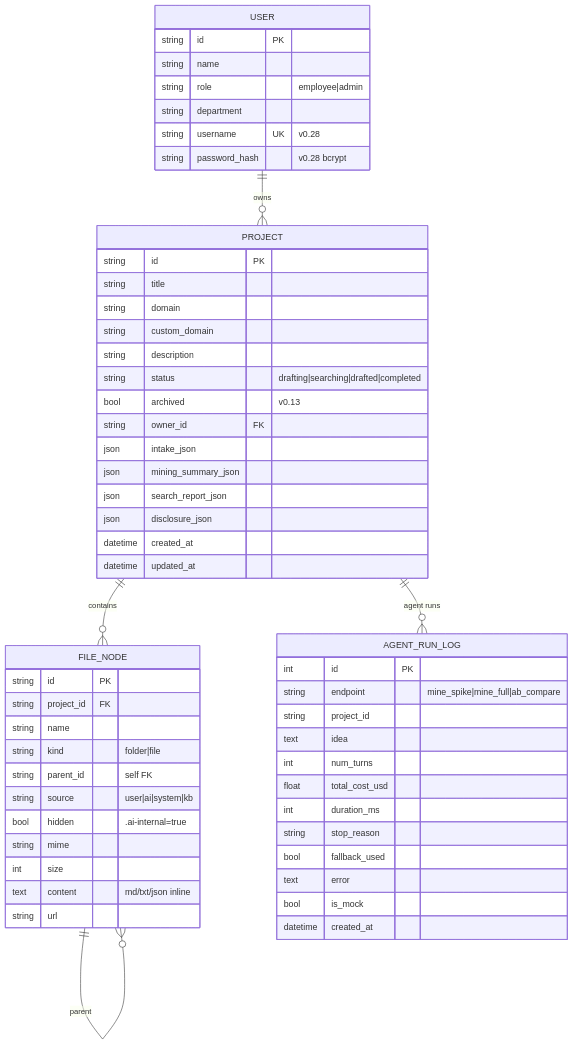
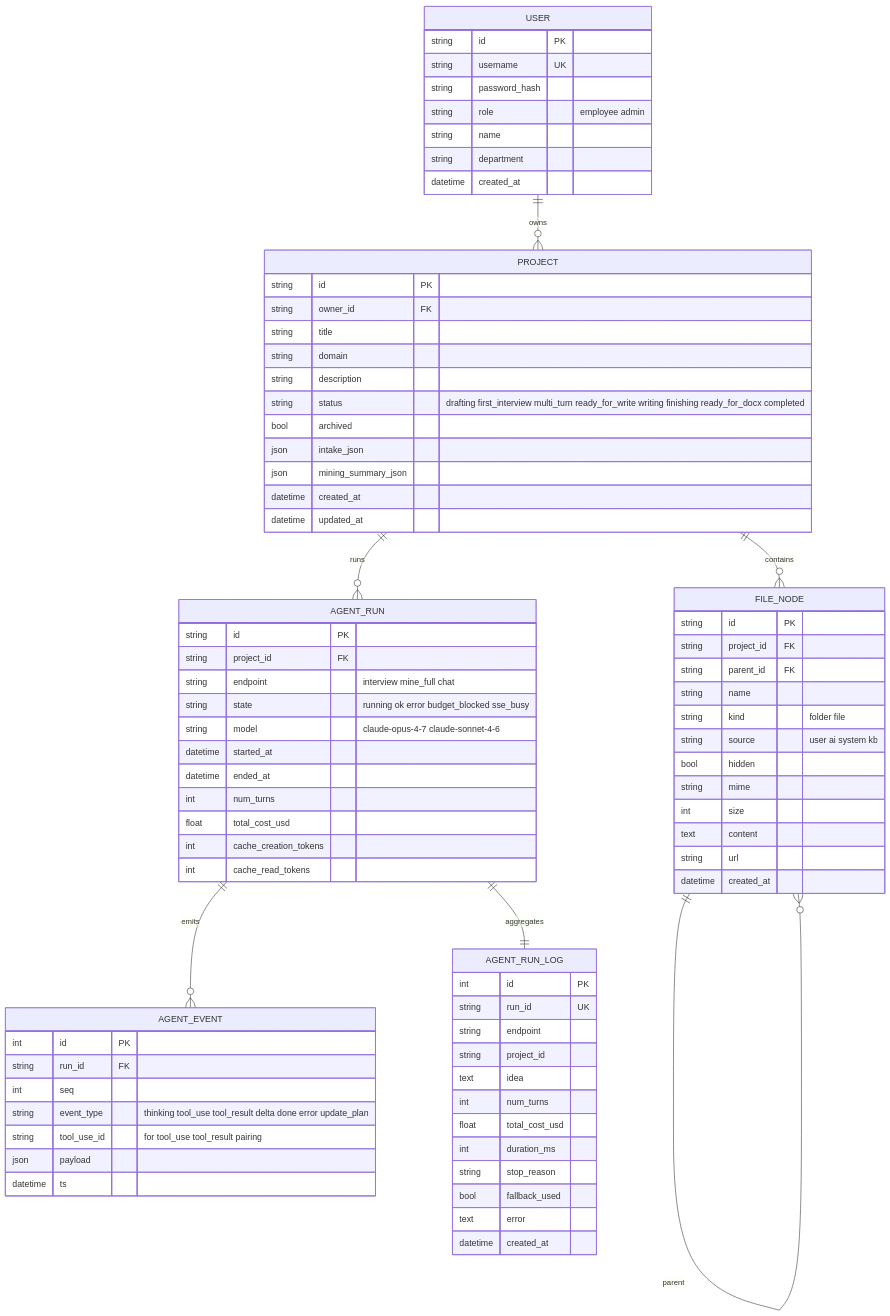
One commit to ChuangLee/PatentlyPatent changed the fourth of 13 diagrams in docs/hld.md. Above: the diagram before and after it, drawn with Mermaid. The commit also changed other lines of this file and 45 other files, not shown here.

````diff
--- a/docs/hld.md
+++ b/docs/hld.md
@@ -157,32 +206,32 @@
 ```mermaid
 erDiagram
-    USER ||--o{ PROJECT : "owns"
-    PROJECT ||--o{ FILE_NODE : "contains"
-    FILE_NODE ||--o{ FILE_NODE : "parent"
-    PROJECT ||--o{ AGENT_RUN_LOG : "agent runs"
+    USER ||--o{ PROJECT : owns
+    PROJECT ||--o{ FILE_NODE : contains
+    FILE_NODE ||--o{ FILE_NODE : parent
+    PROJECT ||--o{ AGENT_RUN : runs
+    AGENT_RUN ||--o{ AGENT_EVENT : emits
+    AGENT_RUN ||--|| AGENT_RUN_LOG : aggregates
 
     USER {
         string id PK
+        string username UK
+        string password_hash
+        string role "employee admin"
         string name
-        string role "employee|admin"
         string department
-        string username UK "v0.28"
-        string password_hash "v0.28 bcrypt"
+        datetime created_at
     }
 
     PROJECT {
         string id PK
+        string owner_id FK
         string title
         string domain
-        string custom_domain
         string description
-        string status "drafting|searching|drafted|completed"
-        bool archived "v0.13"
-        string owner_id FK
+        string status "drafting first_interview multi_turn ready_for_write writing finishing ready_for_docx completed"
+        bool archived
         json intake_json
         json mining_summary_json
-        json search_report_json
-        json disclosure_json
         datetime created_at
         datetime updated_at
     }
@@ -190,20 +239,46 @@
     FILE_NODE {
         string id PK
         string project_id FK
+        string parent_id FK
         string name
-        string kind "folder|file"
-        string parent_id "self FK"
-        string source "user|ai|system|kb"
-        bool hidden ".ai-internal=true"
+        string kind "folder file"
+        string source "user ai system kb"
+        bool hidden
         string mime
         int size
-        text content "md/txt/json inline"
+        text content
         string url
+        datetime created_at
+    }
+
+    AGENT_RUN {
+        string id PK
+        string project_id FK
+        string endpoint "interview mine_full chat"
+        string state "running ok error budget_blocked sse_busy"
+        string model "claude-opus-4-7 claude-sonnet-4-6"
+        datetime started_at
+        datetime ended_at
+        int num_turns
+        float total_cost_usd
+        int cache_creation_tokens
+        int cache_read_tokens
+    }
+
+    AGENT_EVENT {
+        int id PK
+        string run_id FK
+        int seq
+        string event_type "thinking tool_use tool_result delta done error update_plan"
+        string tool_use_id "for tool_use tool_result pairing"
+        json payload
+        datetime ts
     }
 
     AGENT_RUN_LOG {
         int id PK
-        string endpoint "mine_spike|mine_full|ab_compare"
+        string run_id UK
+        string endpoint
         string project_id
         text idea
         int num_turns
@@ -212,7 +287,6 @@
         string stop_reason
         bool fallback_used
         text error
-        bool is_mock
         datetime created_at
     }
 ```
````
